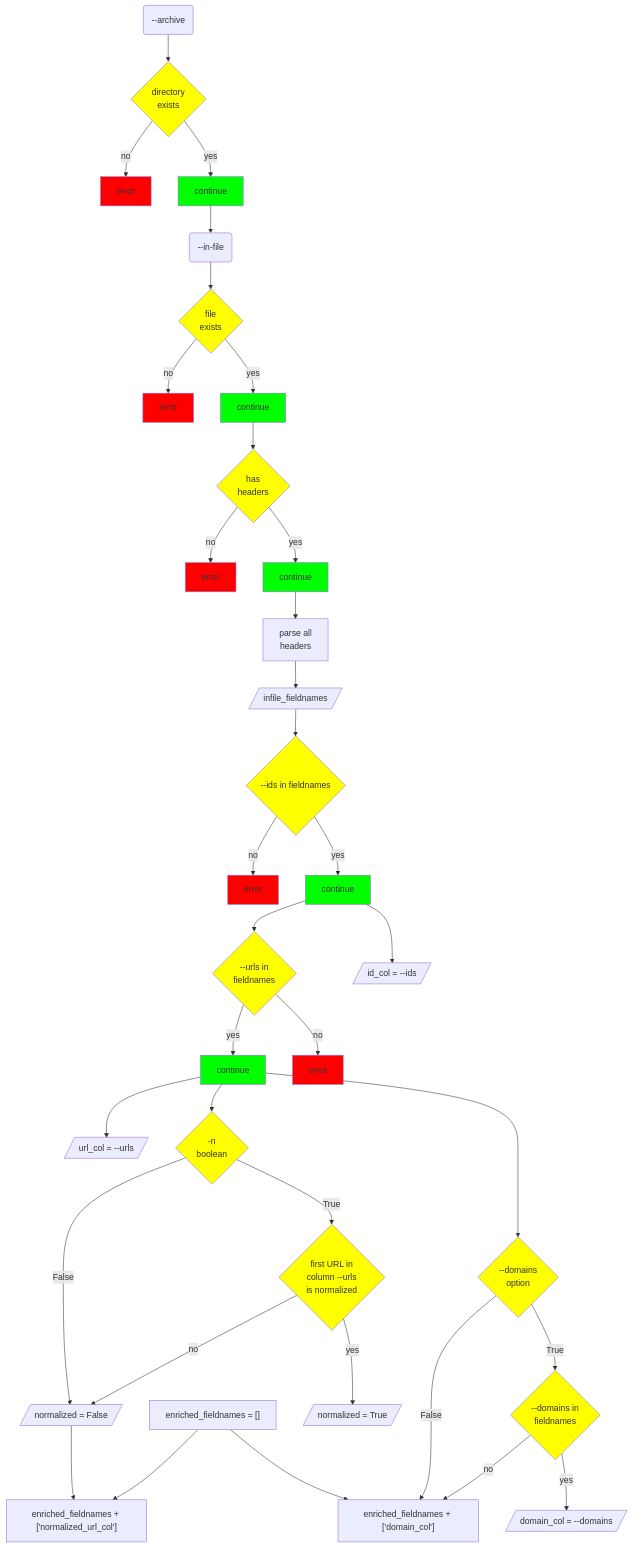
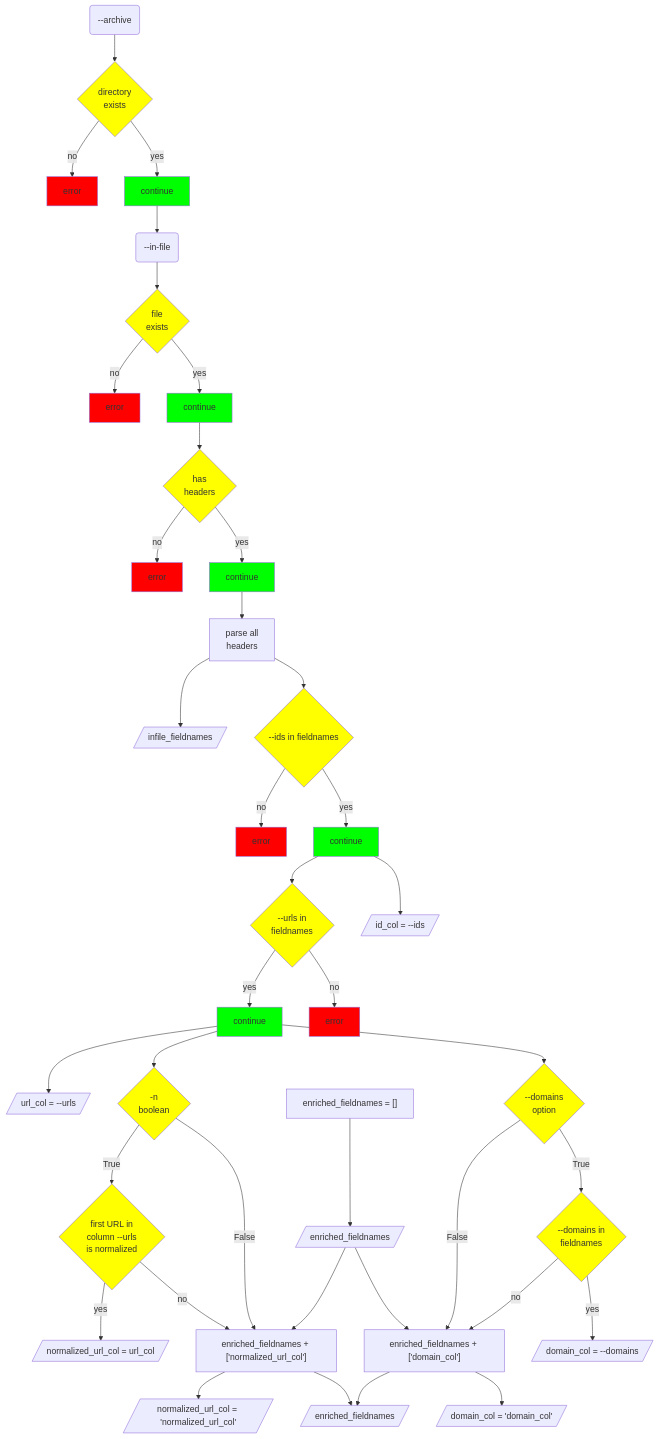
One commit to kat-kel/archive-html changed the fourth of 5 diagrams in README.md. Above: the diagram before and after it, drawn with Mermaid. The commit also changed other lines of this file, not shown here.

````diff
--- a/README.md
+++ b/README.md
@@ -114,67 +114,73 @@
 ```mermaid
 flowchart TB
     A("--archive") --> Aq{directory\nexists}
     Aq-->|no| An[error]
     Aq -->|yes| Ay[continue]
     style An fill:#ff0000
     style Ay fill:#00ff00
     style Aq fill:#ffff00
     
     Ay -->F("--in-file")
     F --> Fq{file\nexists}
     Fq-->|no| Fn[error]
     Fq -->|yes| Fy[continue]
     style Fn fill:#ff0000
     style Fy fill:#00ff00
     style Fq fill:#ffff00
     
     Fy -->Hq{has\nheaders}
     Hq -->|no| Hn[error]
     Hq -->|yes| Hy[continue]
     Hy --> p[parse all\nheaders]
     p --> fieldnames[/infile_fieldnames/]
     style Hn fill:#ff0000
     style Hy fill:#00ff00
     style Hq fill:#ffff00
 
-    fieldnames --> IDq{--ids in fieldnames}
+    p --> IDq{--ids in fieldnames}
     IDq -->|no| IDno[error]
     IDq -->|yes| IDyes[continue]
     style IDno fill:#ff0000
     style IDq fill:#ffff00
     style IDyes fill:#00ff00
     
     IDyes --> URL_header{--urls in\nfieldnames}
     IDyes --> IDdata[/id_col = --ids/]
     
     URL_header -->|yes| URLyes[continue]
     URLyes --> URLdata[/url_col = --urls/]
     URL_header -->|no| URLno[error]
     style URLno fill:#ff0000
     style URLyes fill:#00ff00
     style URL_header fill:#ffff00
 
     URLyes --> Norm{-n \nboolean}
     style Norm fill:#ffff00
-    Norm -->|False| Normno[/normalized = False/]
-    enriched["enriched_fieldnames = []"]
     Norm -->|True| Normyes{first URL in\ncolumn --urls\nis normalized}
     style Normyes fill:#ffff00
-    Normyes -->|no| Normno
-    Normyes -->|yes| Nyes[/normalized = True/]
+    Normyes -->|yes| Nyes[/normalized_url_col = url_col/]
+    Norm -->|False| makeNorm["enriched_fieldnames + ['normalized_url_col']"]
+    makeNorm --> returnNoNorm[/"normalized_url_col = 'normalized_url_col'"/]
+    Normyes -->|no| makeNorm
     
-    enriched --> makeNorm
-    Normno --> makeNorm["enriched_fieldnames + ['normalized_url_col']"]
-    
+    emptyEnriched["enriched_fieldnames = []"]
+    enriched[/enriched_fieldnames/]
+    emptyEnriched --> enriched
+
     URLyes -->Dom{--domains\noption}
     style Dom fill:#ffff00
-
     Dom -->|False| makeDom["enriched_fieldnames + ['domain_col']"]
-
+    
     Dom -->|True| Dom_header{--domains in\nfieldnames}
     Dom_header -->|no| makeDom
     Dom_header -->|yes| Domyes[/domain_col = --domains/]
     style Dom_header fill:#ffff00
 
+    enriched --> makeNorm
     enriched --> makeDom
+
+    makeDom --> returnEnriched[/enriched_fieldnames/]
+    makeNorm --> returnEnriched
+
+    makeDom --> returnDom[/"domain_col = 'domain_col'"/]
 ```
````
